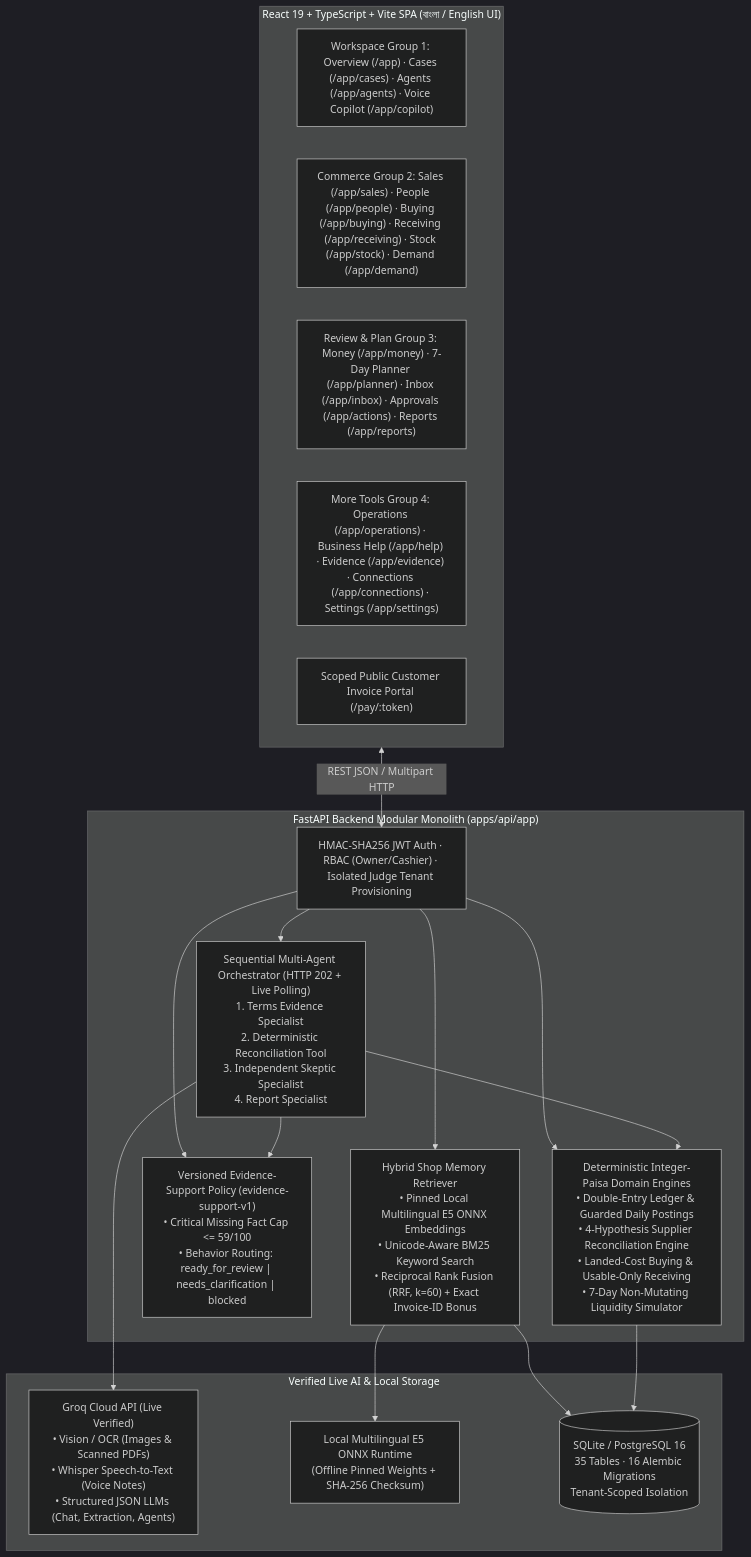
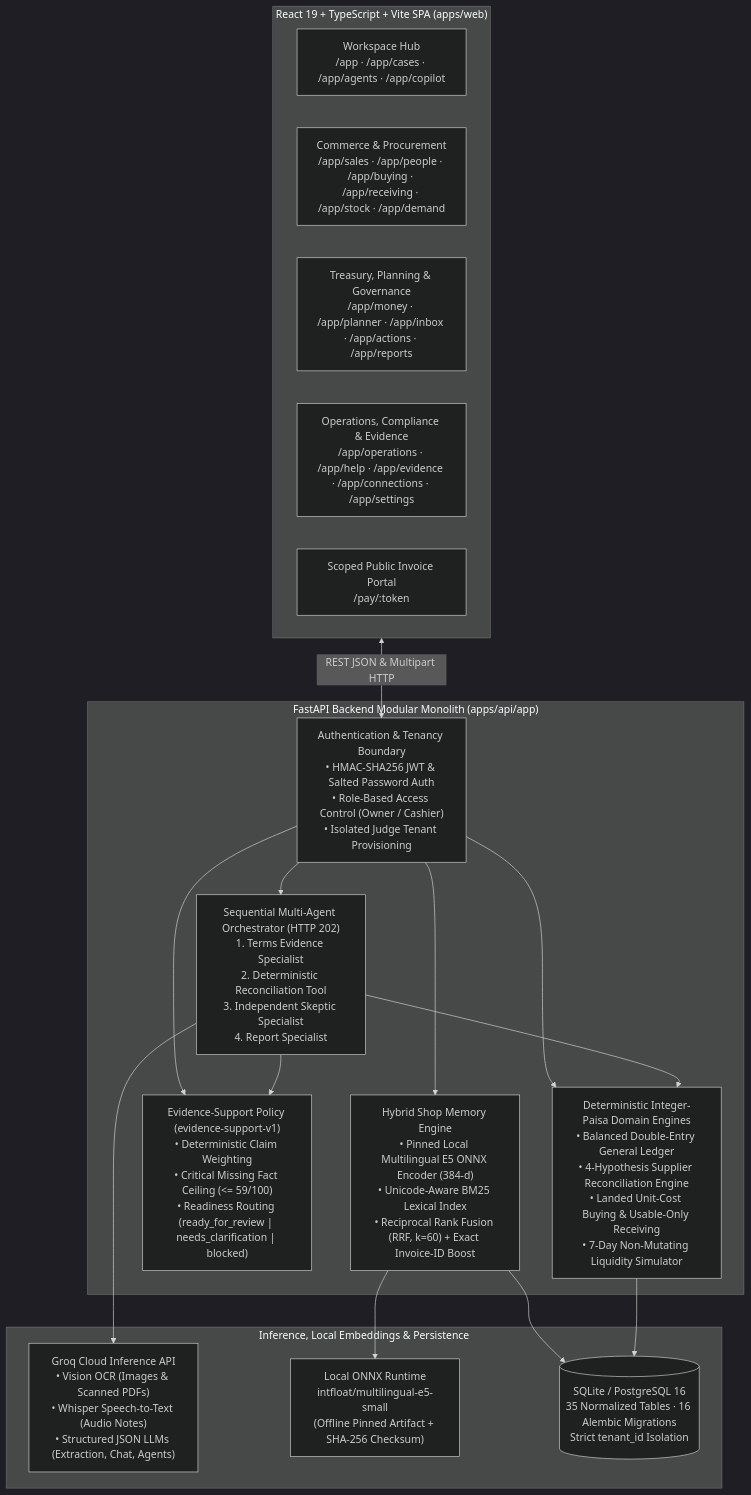
Before and after one commit to cou-ai-hackathon26/QUINTESSENCE_MINUS_INFINITY: the first of 4 diagrams in README.md, drawn with Mermaid (dark theme). The commit also changed other lines of this file, not shown here.

Commit message:
docs(readme): polish project overview, architecture badges and layout

````diff
--- a/README.md
+++ b/README.md
@@ -117,36 +159,36 @@
 ```mermaid
 flowchart TB
-    subgraph Client["React 19 + TypeScript + Vite SPA (বাংলা / English UI)"]
-        UI_Work["Workspace Group 1: Overview (/app) · Cases (/app/cases) · Agents (/app/agents) · Voice Copilot (/app/copilot)"]
-        UI_Comm["Commerce Group 2: Sales (/app/sales) · People (/app/people) · Buying (/app/buying) · Receiving (/app/receiving) · Stock (/app/stock) · Demand (/app/demand)"]
-        UI_Plan["Review & Plan Group 3: Money (/app/money) · 7-Day Planner (/app/planner) · Inbox (/app/inbox) · Approvals (/app/actions) · Reports (/app/reports)"]
-        UI_More["More Tools Group 4: Operations (/app/operations) · Business Help (/app/help) · Evidence (/app/evidence) · Connections (/app/connections) · Settings (/app/settings)"]
-        UI_Portal["Scoped Public Customer Invoice Portal (/pay/:token)"]
+    subgraph Client["React 19 + TypeScript + Vite SPA (apps/web)"]
+        UI_Work["Workspace Hub\n/app · /app/cases · /app/agents · /app/copilot"]
+        UI_Comm["Commerce & Procurement\n/app/sales · /app/people · /app/buying · /app/receiving · /app/stock · /app/demand"]
+        UI_Plan["Treasury, Planning & Governance\n/app/money · /app/planner · /app/inbox · /app/actions · /app/reports"]
+        UI_More["Operations, Compliance & Evidence\n/app/operations · /app/help · /app/evidence · /app/connections · /app/settings"]
+        UI_Portal["Scoped Public Invoice Portal\n/pay/:token"]
     end
 
     subgraph API["FastAPI Backend Modular Monolith (apps/api/app)"]
-        Auth["HMAC-SHA256 JWT Auth · RBAC (Owner/Cashier) · Isolated Judge Tenant Provisioning"]
-        DetLedger["Deterministic Integer-Paisa Domain Engines\n• Double-Entry Ledger & Guarded Daily Postings\n• 4-Hypothesis Supplier Reconciliation Engine\n• Landed-Cost Buying & Usable-Only Receiving\n• 7-Day Non-Mutating Liquidity Simulator"]
-        ConfPolicy["Versioned Evidence-Support Policy (evidence-support-v1)\n• Critical Missing Fact Cap <= 59/100\n• Behavior Routing: ready_for_review | needs_clarification | blocked"]
-        HybridRAG["Hybrid Shop Memory Retriever\n• Pinned Local Multilingual E5 ONNX Embeddings\n• Unicode-Aware BM25 Keyword Search\n• Reciprocal Rank Fusion (RRF, k=60) + Exact Invoice-ID Bonus"]
-        AgentOrch["Sequential Multi-Agent Orchestrator (HTTP 202 + Live Polling)\n1. Terms Evidence Specialist\n2. Deterministic Reconciliation Tool\n3. Independent Skeptic Specialist\n4. Report Specialist"]
+        Auth["Authentication & Tenancy Boundary\n• HMAC-SHA256 JWT & Salted Password Auth\n• Role-Based Access Control (Owner / Cashier)\n• Isolated Judge Tenant Provisioning"]
+        Domain["Deterministic Integer-Paisa Domain Engines\n• Balanced Double-Entry General Ledger\n• 4-Hypothesis Supplier Reconciliation Engine\n• Landed Unit-Cost Buying & Usable-Only Receiving\n• 7-Day Non-Mutating Liquidity Simulator"]
+        Policy["Evidence-Support Policy (evidence-support-v1)\n• Deterministic Claim Weighting\n• Critical Missing Fact Ceiling (<= 59/100)\n• Readiness Routing (ready_for_review | needs_clarification | blocked)"]
+        RAG["Hybrid Shop Memory Engine\n• Pinned Local Multilingual E5 ONNX Encoder (384-d)\n• Unicode-Aware BM25 Lexical Index\n• Reciprocal Rank Fusion (RRF, k=60) + Exact Invoice-ID Boost"]
+        Agents["Sequential Multi-Agent Orchestrator (HTTP 202)\n1. Terms Evidence Specialist\n2. Deterministic Reconciliation Tool\n3. Independent Skeptic Specialist\n4. Report Specialist"]
     end
 
-    subgraph Providers["Verified Live AI & Local Storage"]
-        Groq["Groq Cloud API (Live Verified)\n• Vision / OCR (Images & Scanned PDFs)\n• Whisper Speech-to-Text (Voice Notes)\n• Structured JSON LLMs (Chat, Extraction, Agents)"]
-        ONNX["Local Multilingual E5 ONNX Runtime\n(Offline Pinned Weights + SHA-256 Checksum)"]
-        DB[("SQLite / PostgreSQL 16\n35 Tables · 16 Alembic Migrations\nTenant-Scoped Isolation")]
+    subgraph Infra["Inference, Local Embeddings & Persistence"]
+        Groq["Groq Cloud Inference API\n• Vision OCR (Images & Scanned PDFs)\n• Whisper Speech-to-Text (Audio Notes)\n• Structured JSON LLMs (Extraction, Chat, Agents)"]
+        ONNX["Local ONNX Runtime\nintfloat/multilingual-e5-small\n(Offline Pinned Artifact + SHA-256 Checksum)"]
+        DB[("SQLite / PostgreSQL 16\n35 Normalized Tables · 16 Alembic Migrations\nStrict tenant_id Isolation")]
     end
 
-    Client <-->|"REST JSON / Multipart HTTP"| Auth
-    Auth --> DetLedger
-    Auth --> ConfPolicy
-    Auth --> HybridRAG
-    Auth --> AgentOrch
-    HybridRAG --> ONNX
-    HybridRAG --> DB
-    AgentOrch --> Groq
-    AgentOrch --> DetLedger
-    AgentOrch --> ConfPolicy
-    DetLedger --> DB
+    Client <-->|"REST JSON & Multipart HTTP"| Auth
+    Auth --> Domain
+    Auth --> Policy
+    Auth --> RAG
+    Auth --> Agents
+    RAG --> ONNX
+    RAG --> DB
+    Agents --> Groq
+    Agents --> Domain
+    Agents --> Policy
+    Domain --> DB
 ```
````
